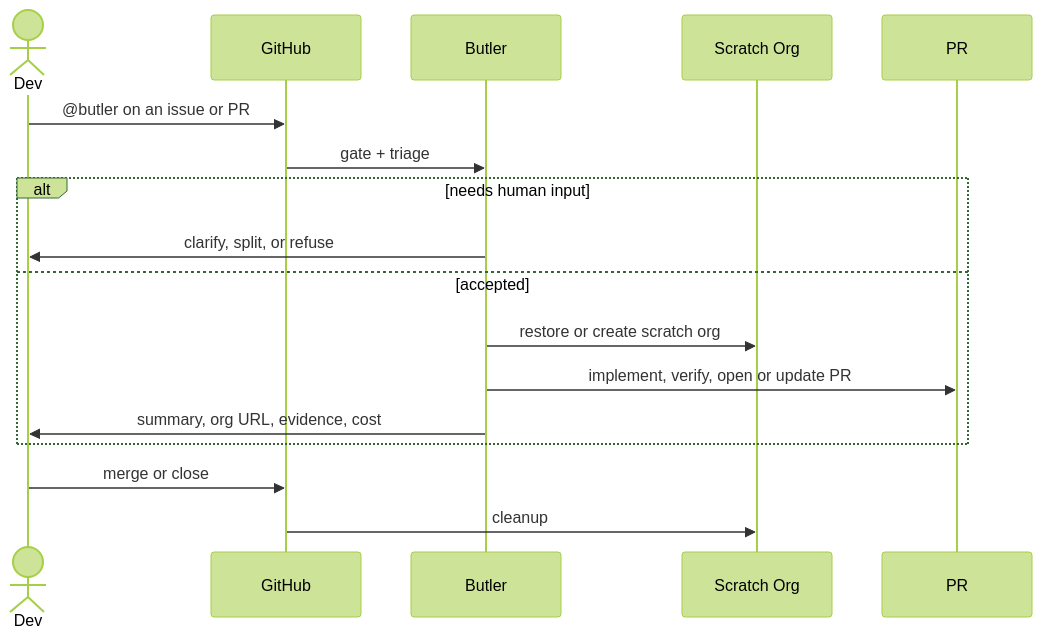
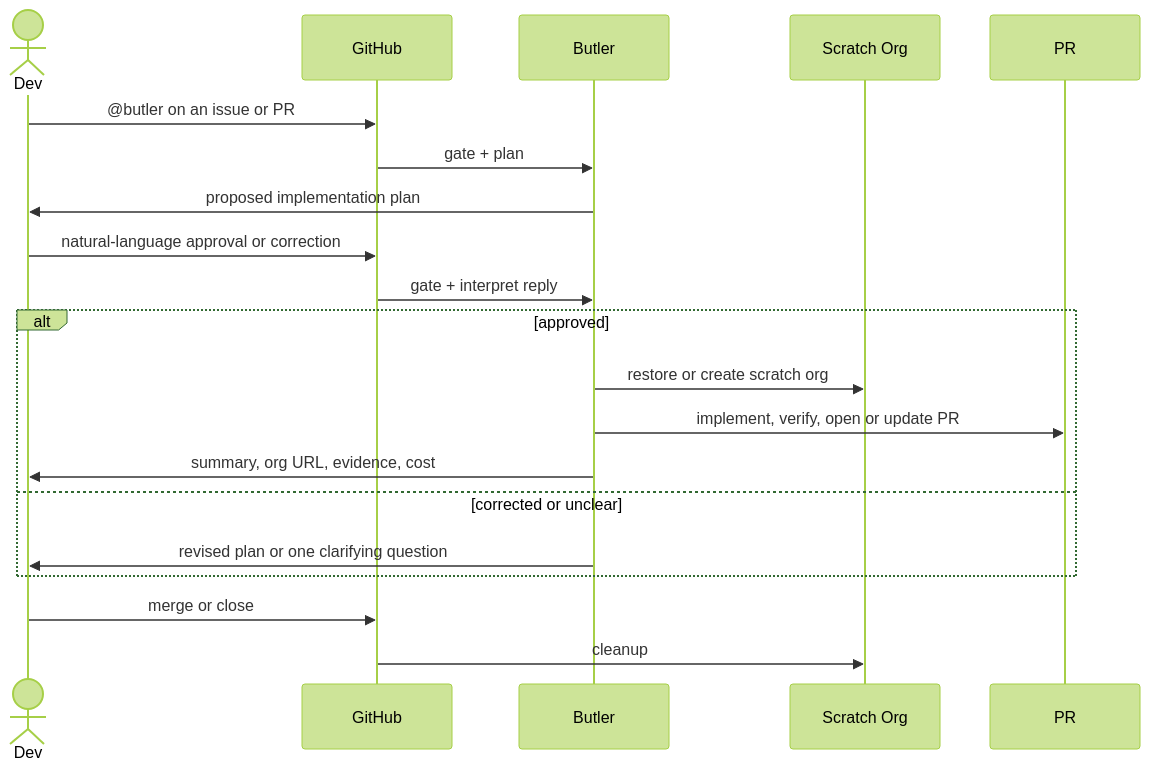
Before and after one commit to aquivalabs/salesforce-ai-tools: the diagram in README.md, drawn with Mermaid (forest theme). The commit also changed other lines of this file and 2 other files, not shown here.

Commit message:
Require approval before ticket execution

````diff
--- a/README.md
+++ b/README.md
@@ -76,20 +76,23 @@
 ```mermaid
 sequenceDiagram
     actor Dev
     participant GitHub
     participant Butler
     participant Org as Scratch Org
     participant PR
 
     Dev->>GitHub: @butler on an issue or PR
-    GitHub->>Butler: gate + triage
-    alt needs human input
-        Butler->>Dev: clarify, split, or refuse
-    else accepted
+    GitHub->>Butler: gate + plan
+    Butler->>Dev: proposed implementation plan
+    Dev->>GitHub: natural-language approval or correction
+    GitHub->>Butler: gate + interpret reply
+    alt approved
         Butler->>Org: restore or create scratch org
         Butler->>PR: implement, verify, open or update PR
         Butler->>Dev: summary, org URL, evidence, cost
+    else corrected or unclear
+        Butler->>Dev: revised plan or one clarifying question
     end
     Dev->>GitHub: merge or close
     GitHub->>Org: cleanup
 ```
````
